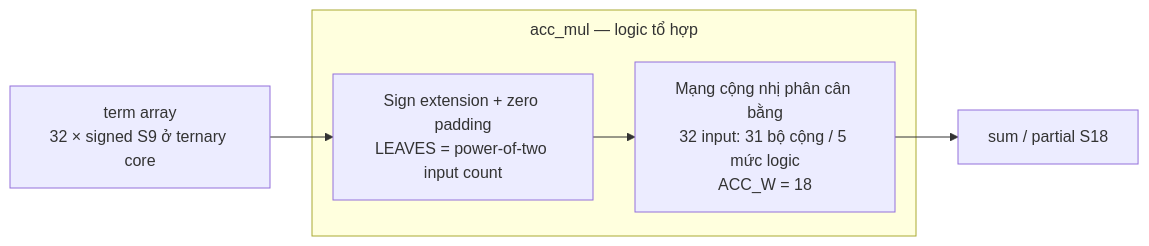
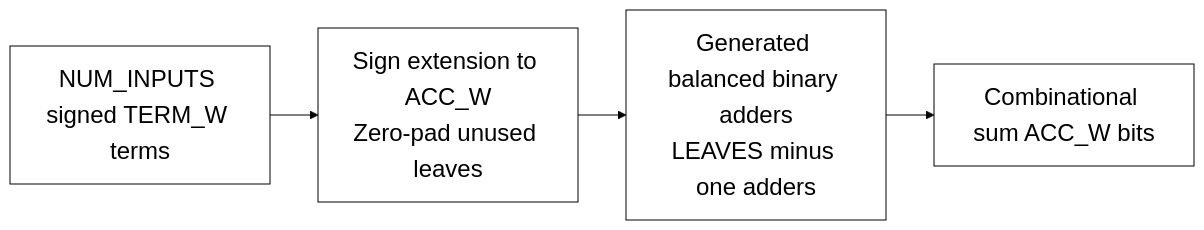
Before and after one commit to nguyennhutkhanhtom/NPU: the first of 2 diagrams in docs/source_guide/blocks/acc_mul.sv.md, drawn with Mermaid. The commit also changed other lines of this file and 102 other files, not shown here.

First line of the commit message:
docs: refresh guides and source-grounded RTL diagrams

````diff
--- a/docs/source_guide/blocks/acc_mul.sv.md
+++ b/docs/source_guide/blocks/acc_mul.sv.md
@@ -15,12 +15,9 @@
 ```mermaid
+%%{init: {"theme":"base","fontFamily":"Arial, sans-serif","themeVariables":{"fontSize":"24px","primaryColor":"#ffffff","primaryTextColor":"#000000","primaryBorderColor":"#000000","secondaryColor":"#ffffff","tertiaryColor":"#ffffff","lineColor":"#000000","textColor":"#000000","mainBkg":"#ffffff","nodeBorder":"#000000","clusterBkg":"#ffffff","clusterBorder":"#000000","edgeLabelBackground":"#ffffff"},"flowchart":{"htmlLabels":true,"useMaxWidth":false,"nodeSpacing":32,"rankSpacing":48,"curve":"linear","subGraphTitleMargin":{"top":16,"bottom":30}}}}%%
 flowchart LR
-%%{init: {"flowchart": {"subGraphTitleMargin": {"top": 8, "bottom": 20}, "nodeSpacing": 28, "rankSpacing": 42, "curve": "linear"}}}%%
-    IN["term array<br/>32 × signed S9 ở ternary core"]
-    subgraph RED["acc_mul — logic tổ hợp"]
-        EXT["Sign extension + zero padding<br/>LEAVES = power-of-two input count"]
-        TREE["Mạng cộng nhị phân cân bằng<br/>32 input: 31 bộ cộng / 5 mức logic<br/>ACC_W = 18"]
-    end
-    IN --> EXT
-    EXT --> TREE
-    TREE --> OUT["sum / partial S18"]
+ I["NUM_INPUTS signed TERM_W terms"] --> E["Sign extension to ACC_W<br/>Zero-pad unused leaves"]
+ E --> T["Generated balanced binary adders<br/>LEAVES minus one adders"]
+ T --> S["Combinational sum ACC_W bits"]
+    classDef default fill:white,stroke:black,color:black,font-size:24px;
+    linkStyle default stroke:black,color:black;
 ```
````
